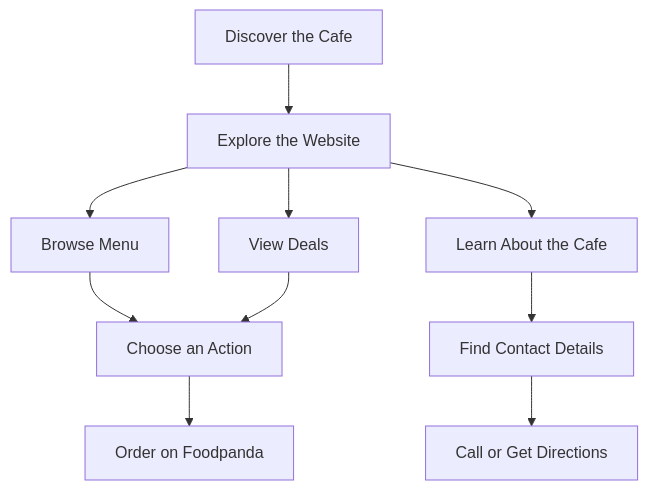
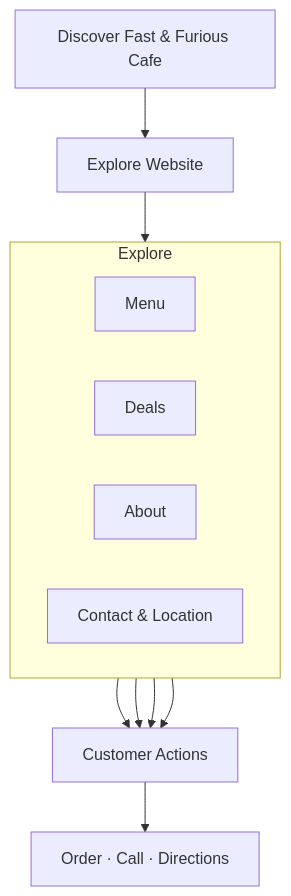
One commit to hadiashah01/fast-and-furious-cafe changed the first of 3 diagrams in README.md. Above: the diagram before and after it, drawn with Mermaid. The commit also changed other lines of this file and 2 other files, not shown here.

Commit message:
update images and flowcharts in readme.md

````diff
--- a/README.md
+++ b/README.md
@@ -124,12 +120,22 @@
 ```mermaid
 flowchart TD
-    A["Discover the Cafe"] --> B["Explore the Website"]
-    B --> C["Browse Menu"]
-    B --> D["View Deals"]
-    B --> E["Learn About the Cafe"]
-    C --> F["Choose an Action"]
-    D --> F
-    E --> G["Find Contact Details"]
-    F --> H["Order on Foodpanda"]
-    G --> I["Call or Get Directions"]
+    A["Discover Fast & Furious Cafe"]
+    A --> B["Explore Website"]
+
+    subgraph Browse["Explore"]
+        direction LR
+        C["Menu"]
+        D["Deals"]
+        E["About"]
+        F["Contact & Location"]
+    end
+
+    B --> Browse
+
+    C --> G["Customer Actions"]
+    D --> G
+    E --> G
+    F --> G
+
+    G --> H["Order · Call · Directions"]
 ```
````
